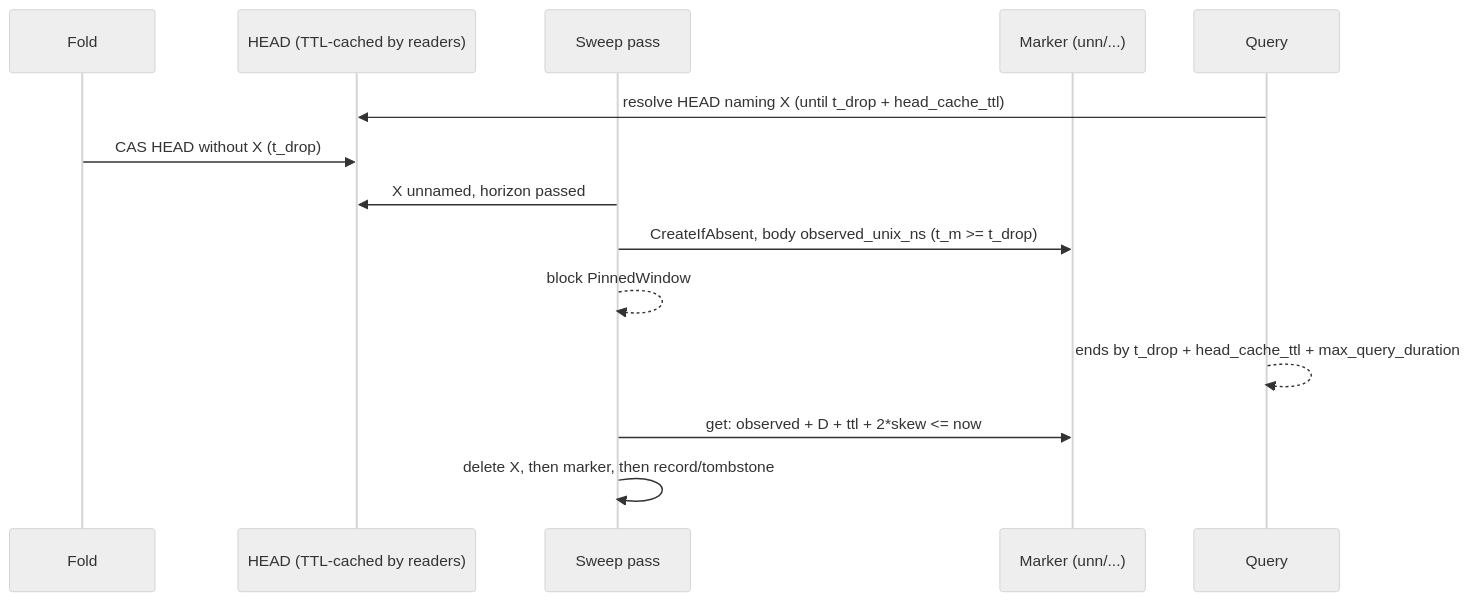
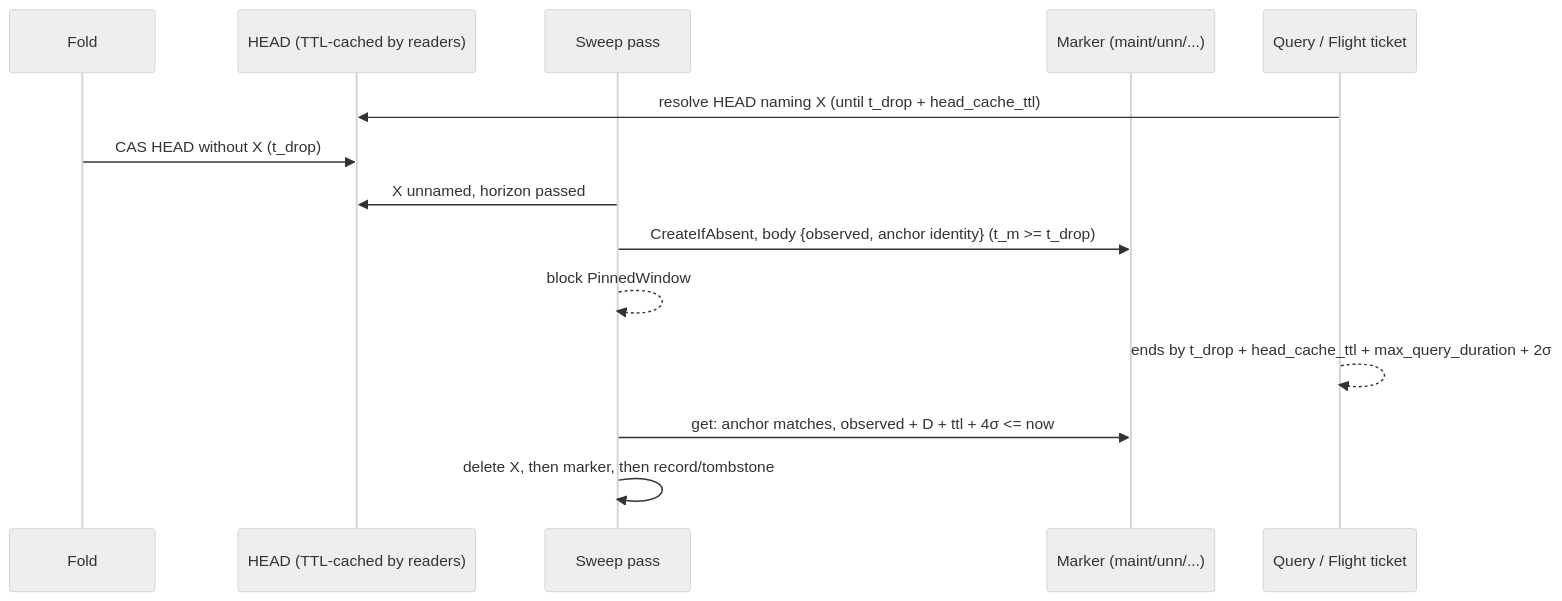
One commit to NOFireAI/ravel changed the diagram in docs/adrs/1133-pinned-query-delete-marker.md. Above: the diagram before and after it, drawn with Mermaid (neutral theme). The commit also changed other lines of this file, not shown here.

First line of the commit message:
docs(adr): bind ADR-1133 markers to their anchor and ratchet the rollout

````diff
--- a/docs/adrs/1133-pinned-query-delete-marker.md
+++ b/docs/adrs/1133-pinned-query-delete-marker.md
@@ -93,16 +131,16 @@
 ```mermaid
 sequenceDiagram
     participant F as Fold
     participant H as HEAD (TTL-cached by readers)
     participant S as Sweep pass
-    participant M as Marker (unn/...)
-    participant Q as Query
+    participant M as Marker (maint/unn/...)
+    participant Q as Query / Flight ticket
     Q->>H: resolve HEAD naming X (until t_drop + head_cache_ttl)
     F->>H: CAS HEAD without X (t_drop)
     S->>H: X unnamed, horizon passed
-    S->>M: CreateIfAbsent, body observed_unix_ns (t_m >= t_drop)
+    S->>M: CreateIfAbsent, body {observed, anchor identity} (t_m >= t_drop)
     S-->>S: block PinnedWindow
-    Q-->>Q: ends by t_drop + head_cache_ttl + max_query_duration
-    S->>M: get: observed + D + ttl + 2*skew <= now
+    Q-->>Q: ends by t_drop + head_cache_ttl + max_query_duration + 2σ
+    S->>M: get: anchor matches, observed + D + ttl + 4σ <= now
     S->>S: delete X, then marker, then record/tombstone
 ```
````
